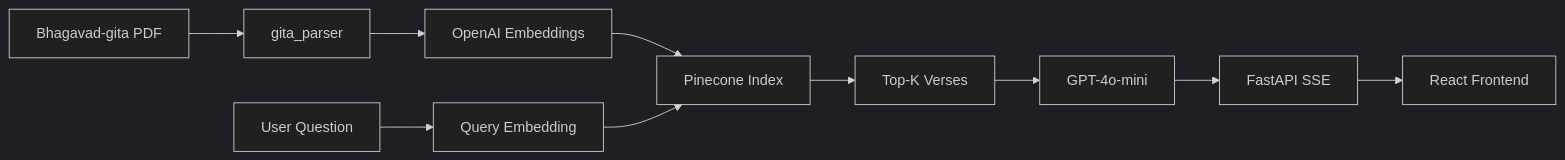
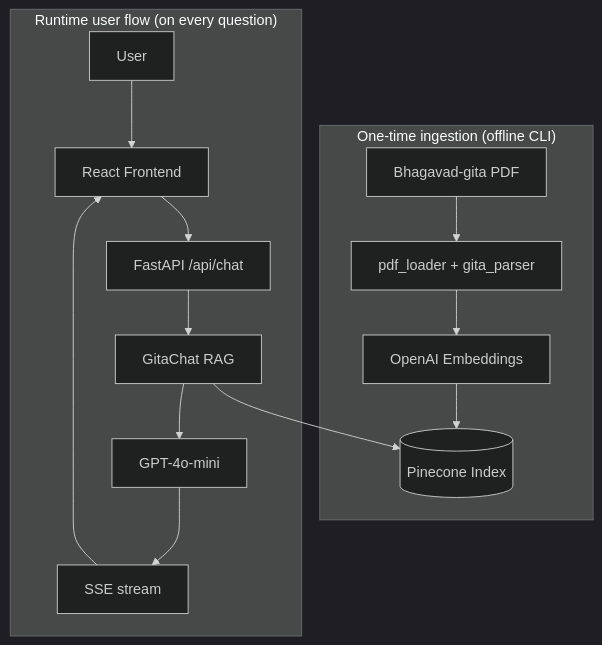
The first of 3 diagrams in README.md (Tarun72/ai_geeta_chat-bot), drawn with Mermaid (dark theme) before and after one commit. The commit also changed other lines of this file and 2 other files, not shown here.

````diff
--- a/README.md
+++ b/README.md
@@ -52,12 +64,18 @@
 ```mermaid
-flowchart LR
-    PDF["Bhagavad-gita PDF"] --> Parser["gita_parser"]
-    Parser --> Embedder["OpenAI Embeddings"]
-    Embedder --> Pinecone["Pinecone Index"]
-    User["User Question"] --> QueryEmbed["Query Embedding"]
-    QueryEmbed --> Pinecone
-    Pinecone --> Context["Top-K Verses"]
-    Context --> LLM["GPT-4o-mini"]
-    LLM --> SSE["FastAPI SSE"]
-    SSE --> UI["React Frontend"]
+flowchart TB
+    subgraph ingestion ["One-time ingestion (offline CLI)"]
+        PDF["Bhagavad-gita PDF"] --> Parser["pdf_loader + gita_parser"]
+        Parser --> Embed["OpenAI Embeddings"]
+        Embed --> Pinecone[("Pinecone Index")]
+    end
+
+    subgraph runtime ["Runtime user flow (on every question)"]
+        User["User"] --> UI["React Frontend"]
+        UI --> API["FastAPI /api/chat"]
+        API --> RAG["GitaChat RAG"]
+        RAG --> Pinecone
+        RAG --> LLM["GPT-4o-mini"]
+        LLM --> SSE["SSE stream"]
+        SSE --> UI
+    end
 ```
````
